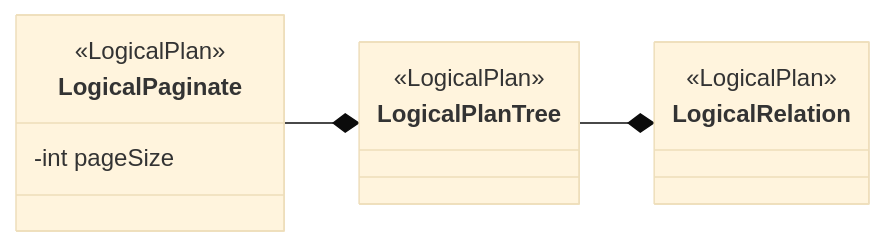
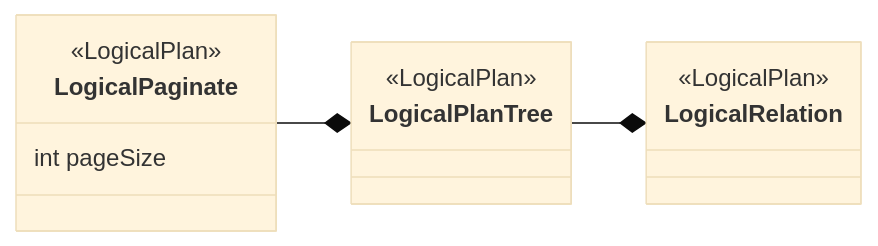
One commit to opensearch-project/sql changed the eighth of 11 diagrams in docs/dev/Pagination-v2.md. Above: the diagram before and after it, drawn with Mermaid (base theme). The commit also changed other lines of this file, not shown here.

````diff
--- a/docs/dev/Pagination-v2.md
+++ b/docs/dev/Pagination-v2.md
@@ -318,16 +338,16 @@
 ```mermaid
 classDiagram
   direction LR
   class LogicalPaginate {
     <<LogicalPlan>>
-    -int pageSize
+    int pageSize
   }
   class LogicalPlanTree {
     <<LogicalPlan>>
   }
   class LogicalRelation {
     <<LogicalPlan>>
   }
   LogicalPaginate --* LogicalPlanTree
   LogicalPlanTree --* LogicalRelation
 ```
````
